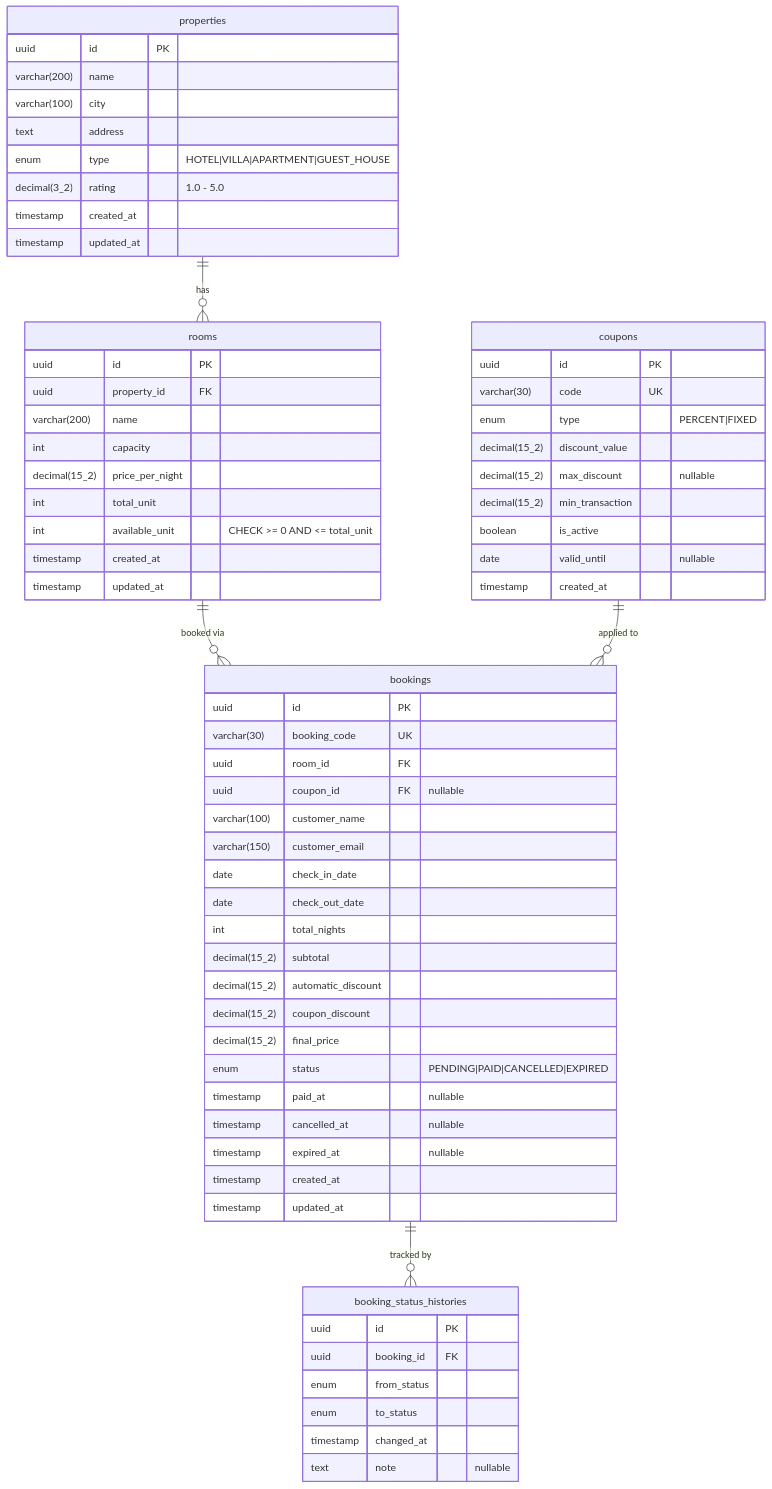
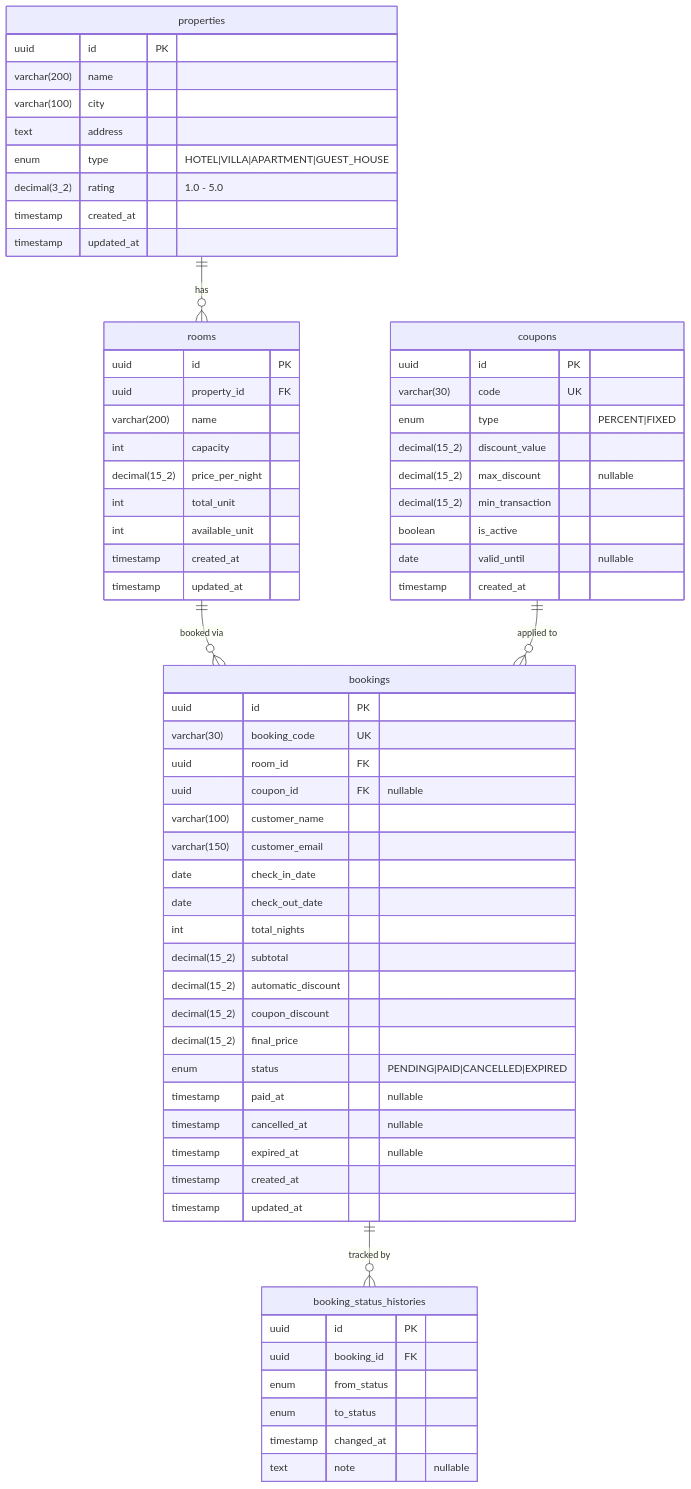
Before and after one commit to rdsarjito/property-booking-platform-backend: the diagram in README.md, drawn with Mermaid. The commit also changed other lines of this file, not shown here.

Commit message:
docs(readme): restructure with table of contents, architecture overview, design decisions, and submission notes

````diff
--- a/README.md
+++ b/README.md
@@ -35,73 +111,73 @@
 ```mermaid
 erDiagram
     properties {
         uuid id PK
         varchar(200) name
         varchar(100) city
         text address
         enum type "HOTEL|VILLA|APARTMENT|GUEST_HOUSE"
         decimal(3_2) rating "1.0 - 5.0"
         timestamp created_at
         timestamp updated_at
     }
 
     rooms {
         uuid id PK
         uuid property_id FK
         varchar(200) name
         int capacity
         decimal(15_2) price_per_night
         int total_unit
-        int available_unit "CHECK >= 0 AND <= total_unit"
+        int available_unit
         timestamp created_at
         timestamp updated_at
     }
 
     coupons {
         uuid id PK
         varchar(30) code UK
         enum type "PERCENT|FIXED"
         decimal(15_2) discount_value
         decimal(15_2) max_discount "nullable"
         decimal(15_2) min_transaction
         boolean is_active
         date valid_until "nullable"
         timestamp created_at
     }
 
     bookings {
         uuid id PK
         varchar(30) booking_code UK
         uuid room_id FK
         uuid coupon_id FK "nullable"
         varchar(100) customer_name
         varchar(150) customer_email
         date check_in_date
         date check_out_date
         int total_nights
         decimal(15_2) subtotal
         decimal(15_2) automatic_discount
         decimal(15_2) coupon_discount
         decimal(15_2) final_price
         enum status "PENDING|PAID|CANCELLED|EXPIRED"
         timestamp paid_at "nullable"
         timestamp cancelled_at "nullable"
         timestamp expired_at "nullable"
         timestamp created_at
         timestamp updated_at
     }
 
     booking_status_histories {
         uuid id PK
         uuid booking_id FK
         enum from_status
         enum to_status
         timestamp changed_at
         text note "nullable"
     }
 
     properties ||--o{ rooms : "has"
     rooms ||--o{ bookings : "booked via"
     coupons ||--o{ bookings : "applied to"
     bookings ||--o{ booking_status_histories : "tracked by"
 ```
````
